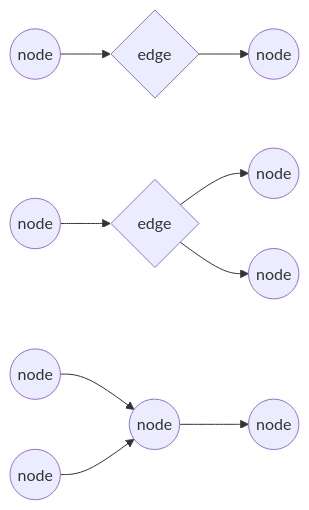
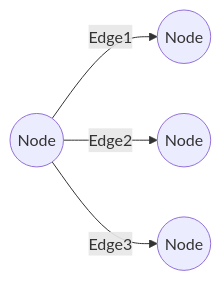
One commit to stiproot/xo-tasktree changed the third of 3 diagrams in README.md. Above: the diagram before and after it, drawn with Mermaid. The commit also changed other lines of this file, not shown here.

````diff
--- a/README.md
+++ b/README.md
@@ -116,12 +166,7 @@
-``` mermaid
+```mermaid
 graph LR
-    N((node)) --> M{edge} --> O((node))
-
-    X((node)) --> 
-    Y{edge} --> Z((node))
-    Y{edge} --> P((node))
-
-    A((node)) --> E((node))
-    B((node)) --> E((node))
-    E((node)) --> F((node))
+    A((Node)) -- Edge1 --> B((Node))
+    A((Node)) -- Edge2 --> C((Node))
+    A((Node)) -- Edge3 --> D((Node))
+    %% ...and so on
 ```
````
